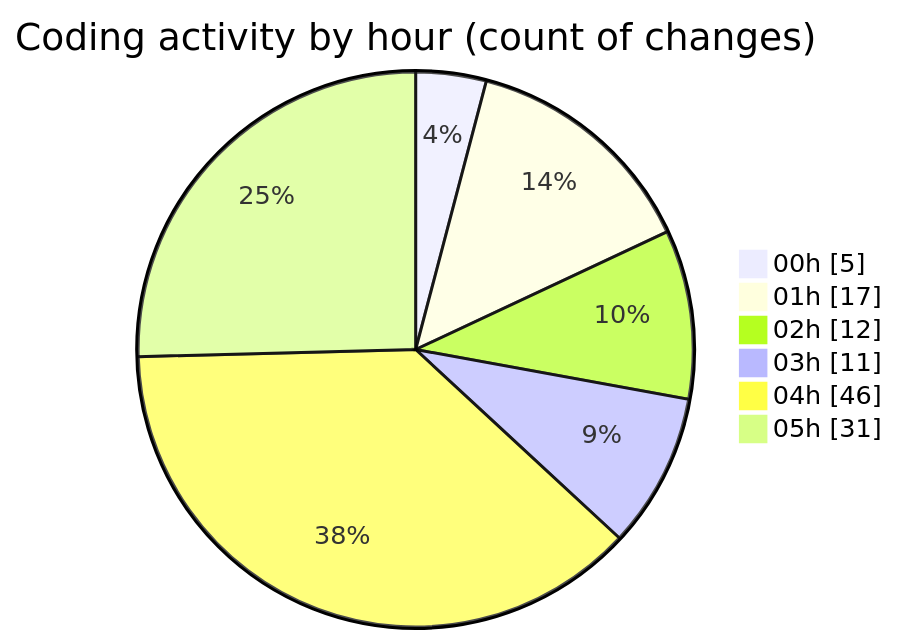
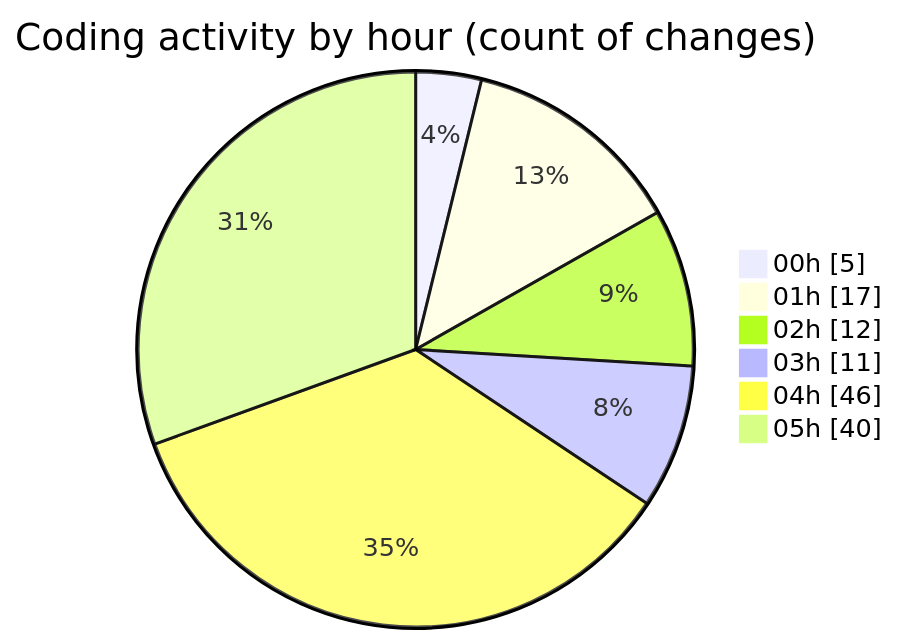
Before and after one commit to EIIisD/code-tracking: the second of 2 diagrams in 2025-08-04/tw-server/README.md, drawn with Mermaid. The commit also changed other lines of this file and 1 other file, not shown here.

````diff
--- a/2025-08-04/tw-server/README.md
+++ b/2025-08-04/tw-server/README.md
@@ -38,10 +38,10 @@
 ```mermaid
 pie showData
 title Coding activity by hour (count of changes)
 "00h" : 5
 "01h" : 17
 "02h" : 12
 "03h" : 11
 "04h" : 46
-"05h" : 31
+"05h" : 40
 ```
````
